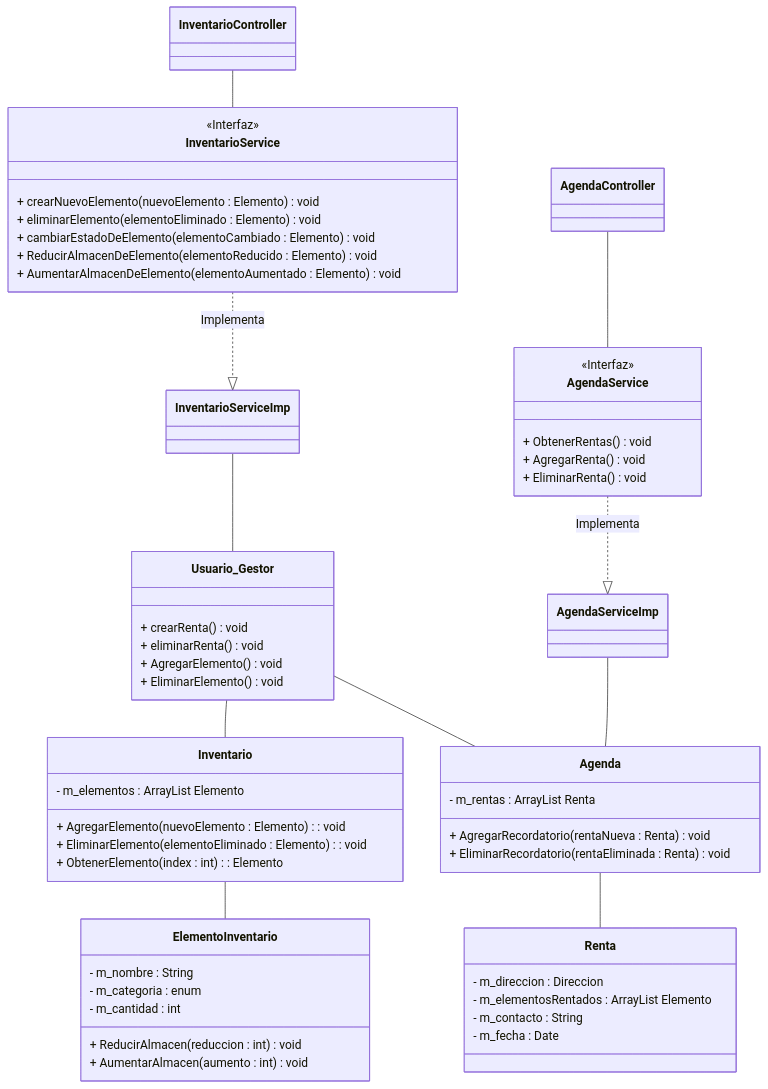
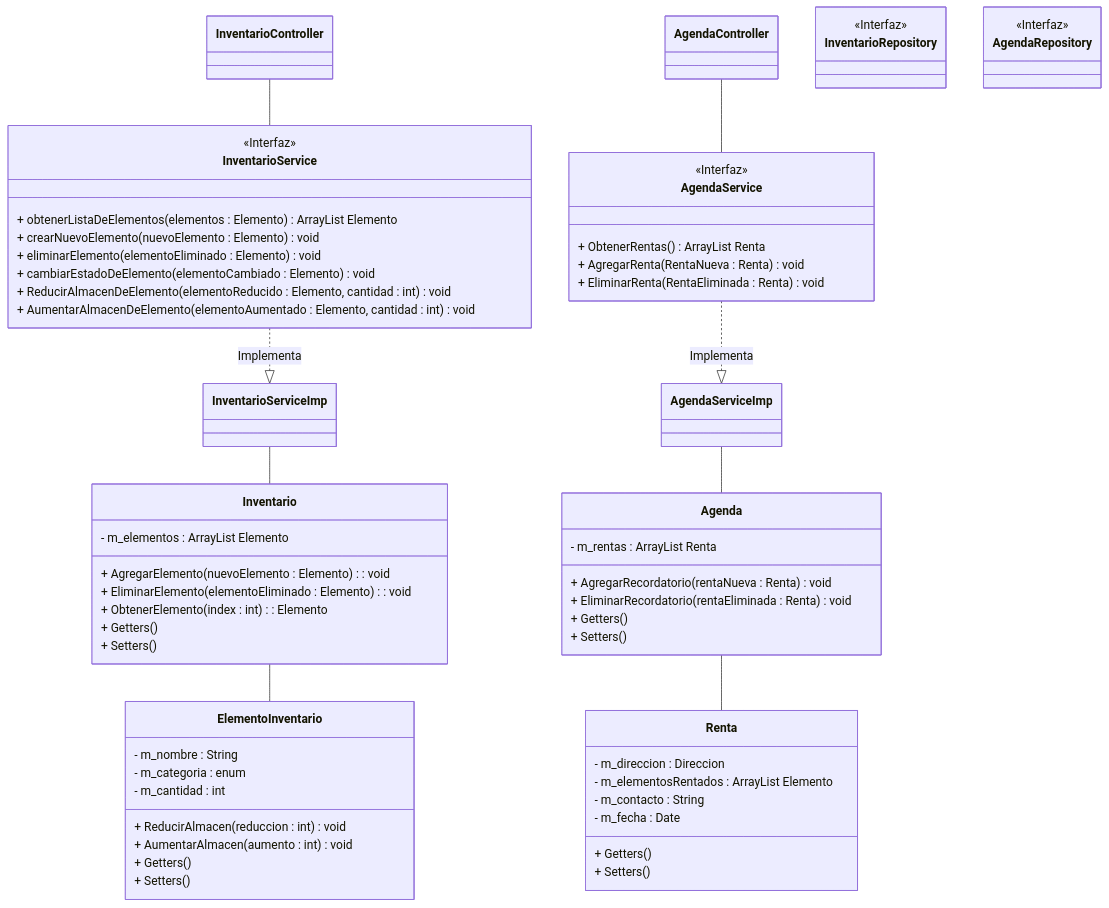
One commit to JuanJoseVargasArvizu/ProyectoAguileta changed the diagram in Documentacion/Diagramas/DiagramaDeClases.mmd. Above: the diagram before and after it, drawn with Mermaid.

Commit message:
Actualizacion del diagrama de clases

```diff
--- a/Documentacion/Diagramas/DiagramaDeClases.mmd
+++ b/Documentacion/Diagramas/DiagramaDeClases.mmd
@@ -1,88 +1,98 @@
 
 
 classDiagram
 
 
+    Inventario -- ElementoInventario
+    Agenda -- Renta
 
     InventarioService ..|> InventarioServiceImp : Implementa
     InventarioController -- InventarioService
-    InventarioServiceImp -- Usuario_Gestor
+    InventarioServiceImp -- Inventario
 
     AgendaService ..|> AgendaServiceImp : Implementa
     AgendaController -- AgendaService
     AgendaServiceImp -- Agenda
     
-    Usuario_Gestor -- Inventario
-    Inventario -- ElementoInventario
-    Usuario_Gestor -- Agenda
-    Agenda -- Renta
+    AgendaRepository 
+
 
 
     class InventarioService{
       <<Interfaz>>
+      + obtenerListaDeElementos(elementos : Elemento) ArrayList Elemento
       + crearNuevoElemento(nuevoElemento : Elemento) void
       + eliminarElemento(elementoEliminado : Elemento) void
       + cambiarEstadoDeElemento(elementoCambiado : Elemento) void
-      + ReducirAlmacenDeElemento(elementoReducido : Elemento) void
-      + AumentarAlmacenDeElemento(elementoAumentado : Elemento) void
+      + ReducirAlmacenDeElemento(elementoReducido : Elemento, cantidad : int) void
+      + AumentarAlmacenDeElemento(elementoAumentado : Elemento, cantidad : int) void
     }
 
     class AgendaService{
       <<Interfaz>>
-      + ObtenerRentas() void
-      + AgregarRenta() void
-      + EliminarRenta() void
+      + ObtenerRentas() ArrayList Renta
+      + AgregarRenta(RentaNueva : Renta) void
+      + EliminarRenta(RentaEliminada : Renta) void
     }
 
     class InventarioServiceImp{
       
     }
 
      class AgendaServiceImp{
       
     }
 
 
     class InventarioController{
-
     }
 
     class AgendaController{
 
     }
 
     class ElementoInventario{
       - m_nombre : String
       - m_categoria : enum
       - m_cantidad : int
       
       + ReducirAlmacen(reduccion : int) void
       + AumentarAlmacen( aumento : int) void
+      + Getters()
+      + Setters()
     }
 
     class Inventario{
       - m_elementos : ArrayList Elemento
       + AgregarElemento(nuevoElemento : Elemento) : void
       + EliminarElemento(elementoEliminado : Elemento) : void
       + ObtenerElemento(index : int) : Elemento
+      + Getters()
+      + Setters()
     }
 
     class Renta{
       - m_direccion : Direccion
       - m_elementosRentados : ArrayList Elemento
       - m_contacto : String
       - m_fecha : Date
+      + Getters()
+      + Setters()
     }
 
     class Agenda{
       - m_rentas : ArrayList Renta
       + AgregarRecordatorio(rentaNueva : Renta) void
       + EliminarRecordatorio(rentaEliminada : Renta) void
+            + Getters()
+      + Setters()
     }
 
-    class Usuario_Gestor{
-      + crearRenta() void
-      + eliminarRenta() void
-      + AgregarElemento() void
-      + EliminarElemento() void
+    class InventarioRepository{
+      <<Interfaz>>
     }
+
+    class AgendaRepository{
+      <<Interfaz>>
+
+    }
```
